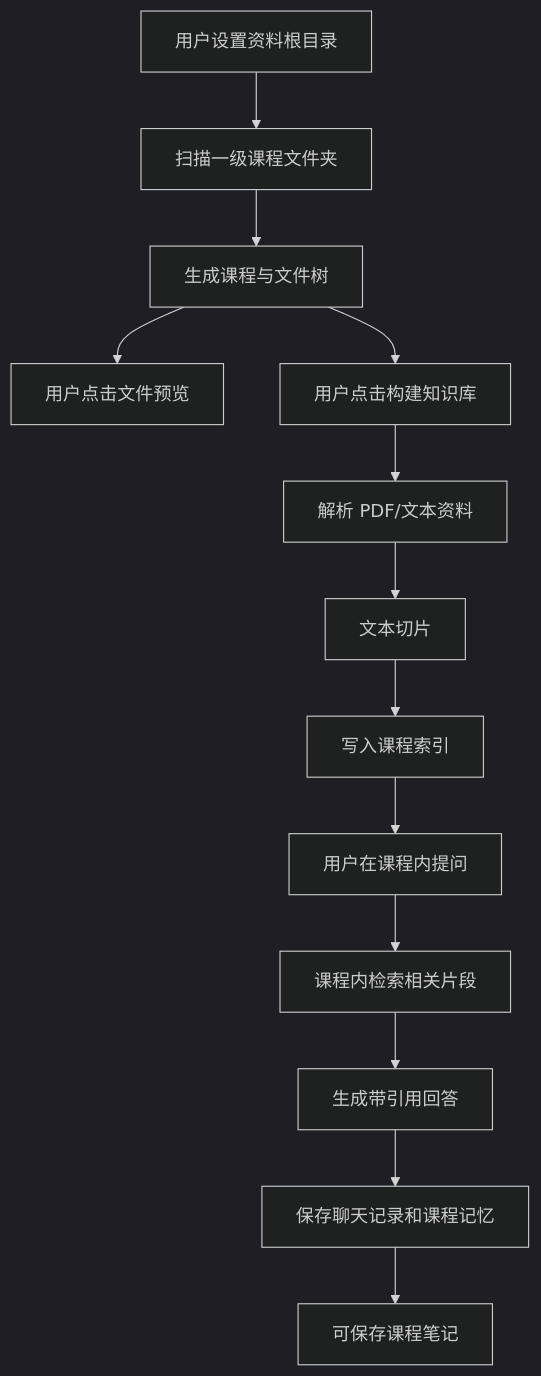
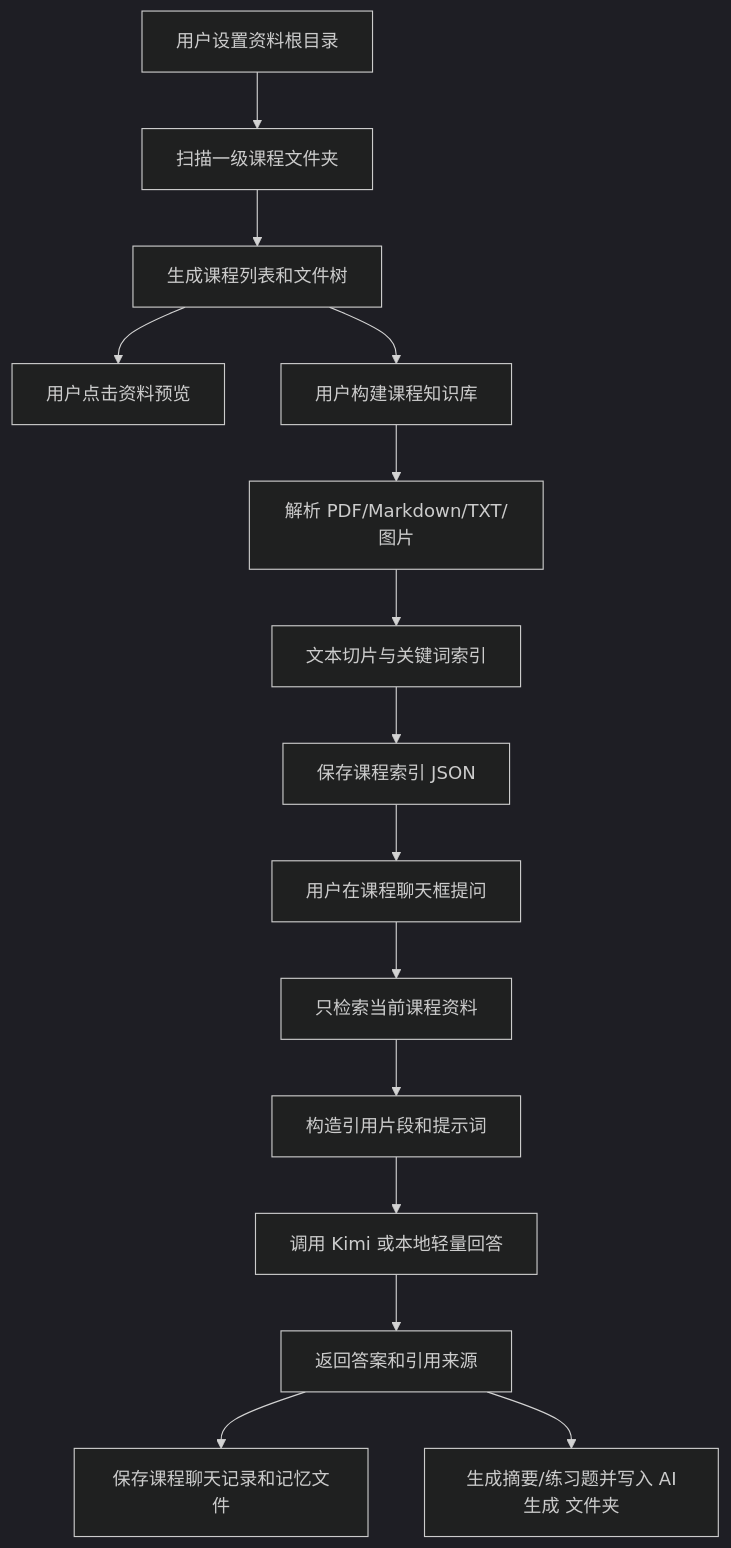
One commit to LuMH1027/ai-learn-assistant changed the second of 8 diagrams in docs/系统设计.md. Above: the diagram before and after it, drawn with Mermaid (dark theme). The commit also changed other lines of this file and 14 other files, not shown here.

````diff
--- a/docs/系统设计.md
+++ b/docs/系统设计.md
@@ -34,15 +40,17 @@
 ```mermaid
 flowchart TD
     A["用户设置资料根目录"] --> B["扫描一级课程文件夹"]
-    B --> C["生成课程与文件树"]
-    C --> D["用户点击文件预览"]
-    C --> E["用户点击构建知识库"]
-    E --> F["解析 PDF/文本资料"]
-    F --> G["文本切片"]
-    G --> H["写入课程索引"]
-    H --> I["用户在课程内提问"]
-    I --> J["课程内检索相关片段"]
-    J --> K["生成带引用回答"]
-    K --> L["保存聊天记录和课程记忆"]
-    L --> M["可保存课程笔记"]
+    B --> C["生成课程列表和文件树"]
+    C --> D["用户点击资料预览"]
+    C --> E["用户构建课程知识库"]
+    E --> F["解析 PDF/Markdown/TXT/图片"]
+    F --> G["文本切片与关键词索引"]
+    G --> H["保存课程索引 JSON"]
+    H --> I["用户在课程聊天框提问"]
+    I --> J["只检索当前课程资料"]
+    J --> K["构造引用片段和提示词"]
+    K --> L["调用 Kimi 或本地轻量回答"]
+    L --> M["返回答案和引用来源"]
+    M --> N["保存课程聊天记录和记忆文件"]
+    M --> O["生成摘要/练习题并写入 AI生成 文件夹"]
 ```
````
